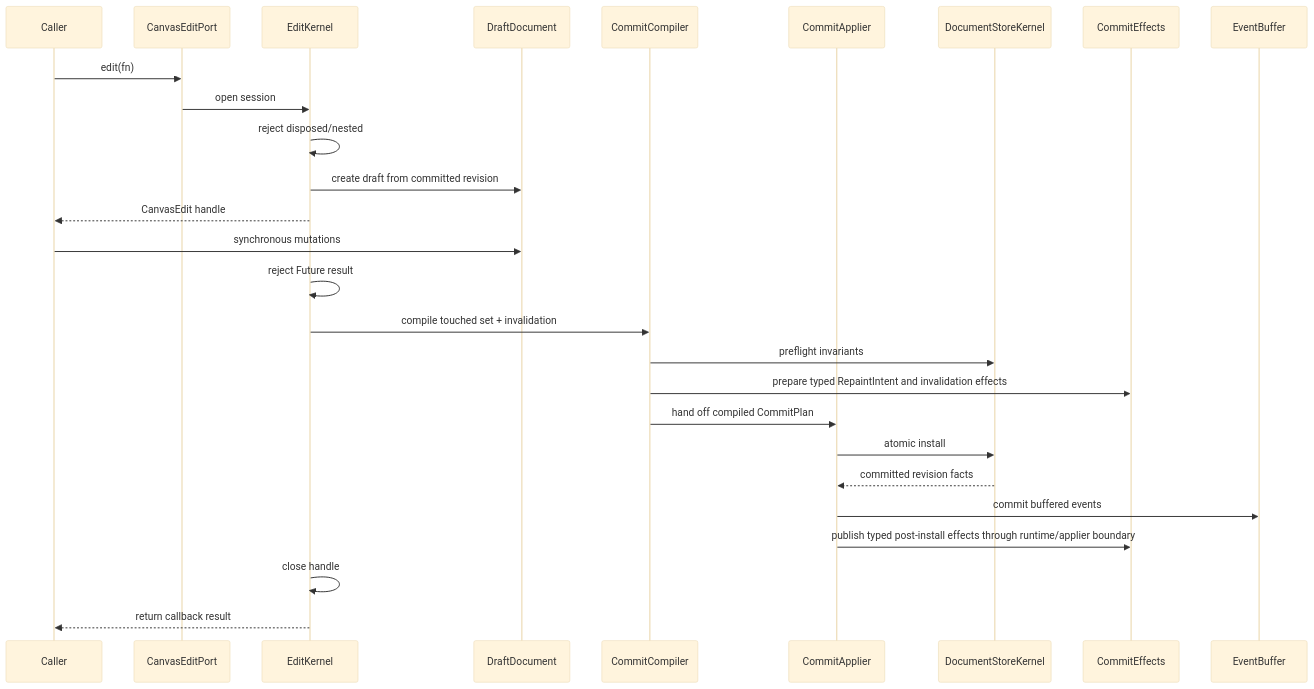
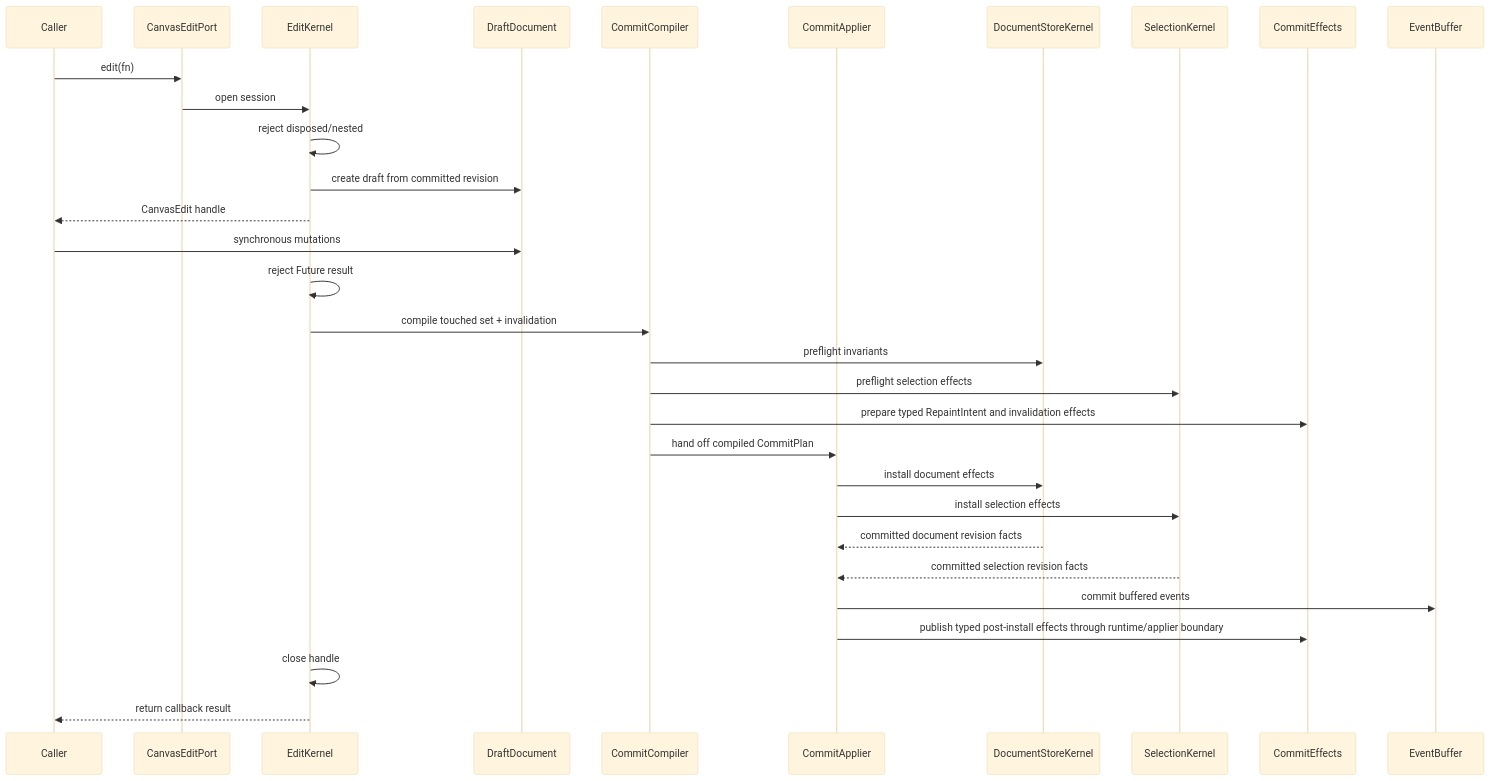
The first of 2 diagrams in docs/contracts/edit_kernel.md (GreatPika/iwb_canvas_engine), drawn with Mermaid (base theme) before and after one commit. The commit also changed other lines of this file and 48 other files, not shown here.

First line of the commit message:
docs: document selection runtime ownership

````diff
--- a/docs/contracts/edit_kernel.md
+++ b/docs/contracts/edit_kernel.md
@@ -51,30 +51,34 @@
 ```mermaid
 sequenceDiagram
   participant Caller
   participant API as CanvasEditPort
   participant EK as EditKernel
   participant Draft as DraftDocument
   participant CC as CommitCompiler
   participant Applier as CommitApplier
   participant Store as DocumentStoreKernel
+  participant Selection as SelectionKernel
   participant Effects as CommitEffects
   participant Events as EventBuffer
 
   Caller->>API: edit(fn)
   API->>EK: open session
   EK->>EK: reject disposed/nested
   EK->>Draft: create draft from committed revision
   EK-->>Caller: CanvasEdit handle
   Caller->>Draft: synchronous mutations
   EK->>EK: reject Future result
   EK->>CC: compile touched set + invalidation
   CC->>Store: preflight invariants
+  CC->>Selection: preflight selection effects
   CC->>Effects: prepare typed RepaintIntent and invalidation effects
   CC->>Applier: hand off compiled CommitPlan
-  Applier->>Store: atomic install
-  Store-->>Applier: committed revision facts
+  Applier->>Store: install document effects
+  Applier->>Selection: install selection effects
+  Store-->>Applier: committed document revision facts
+  Selection-->>Applier: committed selection revision facts
   Applier->>Events: commit buffered events
   Applier->>Effects: publish typed post-install effects through runtime/applier boundary
   EK->>EK: close handle
   EK-->>Caller: return callback result
 ```
````
